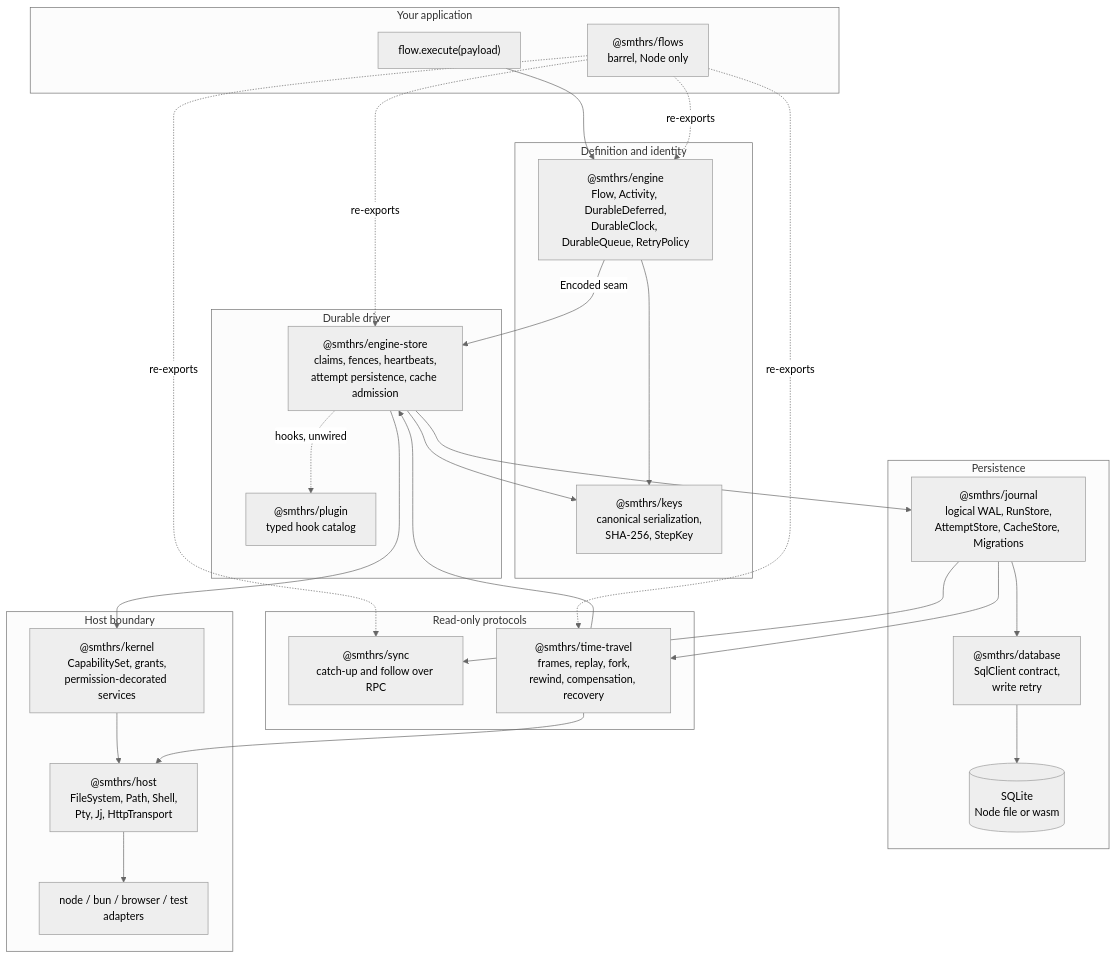
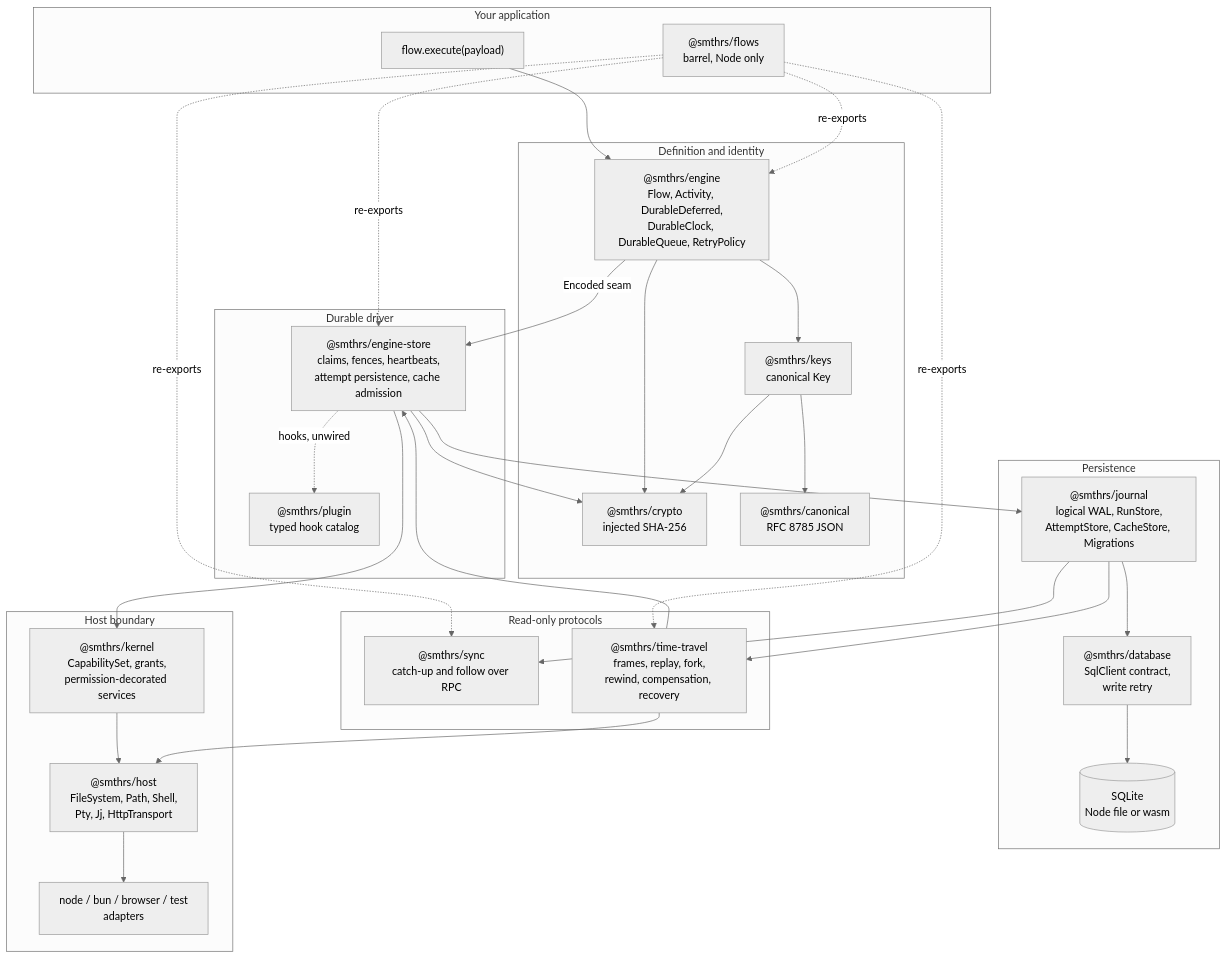
One commit to smithersai/flows changed the first of 2 diagrams in docs/pages/architecture.md. Above: the diagram before and after it, drawn with Mermaid (neutral theme). The commit also changed other lines of this file and 44 other files, not shown here.

````diff
--- a/docs/pages/architecture.md
+++ b/docs/pages/architecture.md
@@ -7,54 +7,59 @@
 ```mermaid
 flowchart TB
   subgraph app["Your application"]
     CALL["flow.execute(payload)"]
     BARREL["@smthrs/flows<br/>barrel, Node only"]
   end
 
   subgraph define["Definition and identity"]
     ENGINE["@smthrs/engine<br/>Flow, Activity, DurableDeferred,<br/>DurableClock, DurableQueue, RetryPolicy"]
-    KEYS["@smthrs/keys<br/>canonical serialization,<br/>SHA-256, StepKey"]
+    KEYS["@smthrs/keys<br/>canonical Key"]
+    CRYPTO["@smthrs/crypto<br/>injected SHA-256"]
+    CANONICAL["@smthrs/canonical<br/>RFC 8785 JSON"]
   end
 
   subgraph drive["Durable driver"]
     STORE["@smthrs/engine-store<br/>claims, fences, heartbeats,<br/>attempt persistence, cache admission"]
     PLUGIN["@smthrs/plugin<br/>typed hook catalog"]
   end
 
   subgraph persist["Persistence"]
     JOURNAL["@smthrs/journal<br/>logical WAL, RunStore,<br/>AttemptStore, CacheStore, Migrations"]
     DB["@smthrs/database<br/>SqlClient contract,<br/>write retry"]
     SQL[("SQLite<br/>Node file or wasm")]
   end
 
   subgraph guard["Host boundary"]
     KERNEL["@smthrs/kernel<br/>CapabilitySet, grants,<br/>permission-decorated services"]
     HOST["@smthrs/host<br/>FileSystem, Path, Shell,<br/>Pty, Jj, HttpTransport"]
     ADAPTERS["node / bun / browser / test<br/>adapters"]
   end
 
   subgraph read["Read-only protocols"]
     SYNC["@smthrs/sync<br/>catch-up and follow over RPC"]
     TT["@smthrs/time-travel<br/>frames, replay, fork,<br/>rewind, compensation, recovery"]
   end
 
   CALL --> ENGINE
   BARREL -.re-exports.-> ENGINE
   BARREL -.re-exports.-> STORE
   BARREL -.re-exports.-> SYNC
   BARREL -.re-exports.-> TT
   ENGINE --> KEYS
+  ENGINE --> CRYPTO
+  KEYS --> CANONICAL
+  KEYS --> CRYPTO
   ENGINE -->|Encoded seam| STORE
   STORE --> JOURNAL
-  STORE --> KEYS
+  STORE --> CRYPTO
   STORE --> KERNEL
   STORE -.hooks, unwired.-> PLUGIN
   JOURNAL --> DB
   DB --> SQL
   KERNEL --> HOST
   HOST --> ADAPTERS
   JOURNAL --> SYNC
   JOURNAL --> TT
   TT --> STORE
   TT --> HOST
 ```
````
